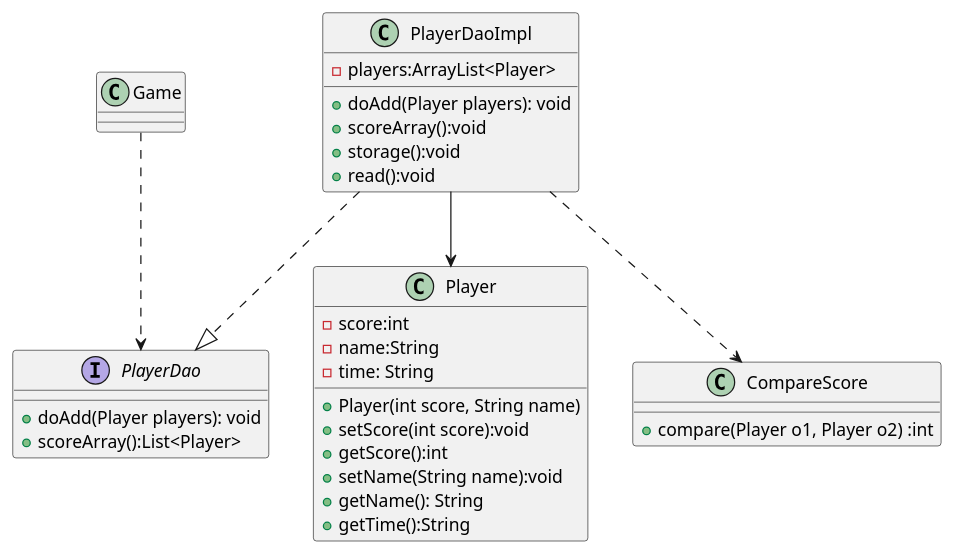
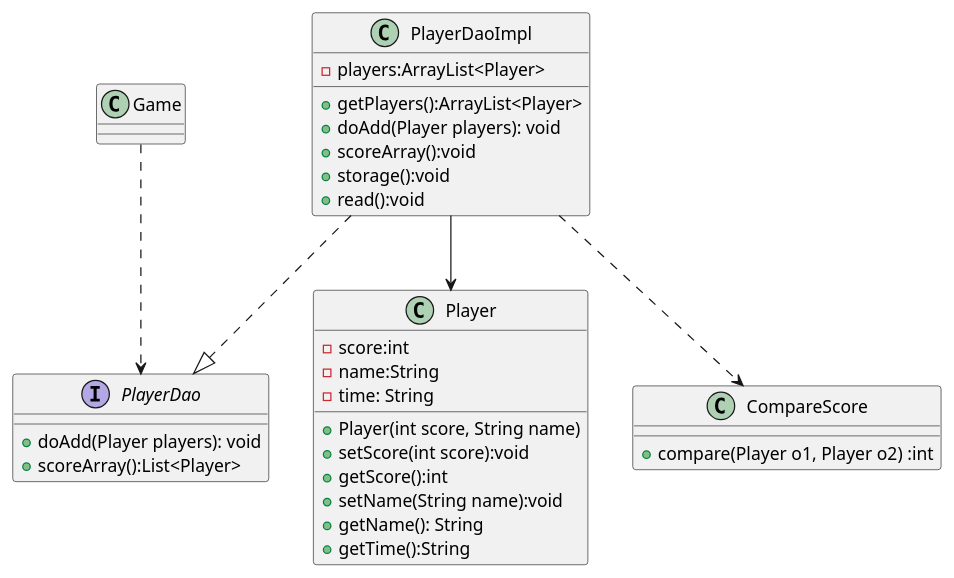
One commit to TheRoad-1210/AircraftWar changed the diagram in uml/DAO.puml. Above: the diagram before and after it, drawn with PlantUML. The commit also changed 1 other file, not shown here.

Commit message:
uml finish

```diff
--- a/uml/DAO.puml
+++ b/uml/DAO.puml
@@ -1,40 +1,41 @@
 @startuml
 'https://plantuml.com/class-diagram
 Game..>PlayerDao
 PlayerDaoImpl ..|>PlayerDao
 PlayerDaoImpl-->Player
 PlayerDaoImpl..>CompareScore
 
 
 class Game
 
 class Player{
     -score:int
     -name:String
     -time: String
     +Player(int score, String name)
     +setScore(int score):void
     +getScore():int
     +setName(String name):void
     +getName(): String
     +getTime():String
 
 }
 interface PlayerDao{
     +doAdd(Player players): void
     +scoreArray():List<Player>
 }
 class PlayerDaoImpl{
+    +getPlayers():ArrayList<Player>
     -players:ArrayList<Player>
     +doAdd(Player players): void
     +scoreArray():void
     +storage():void
     +read():void
 }
 
 class CompareScore{
     +compare(Player o1, Player o2) :int
 
 }
 
 @enduml
```
